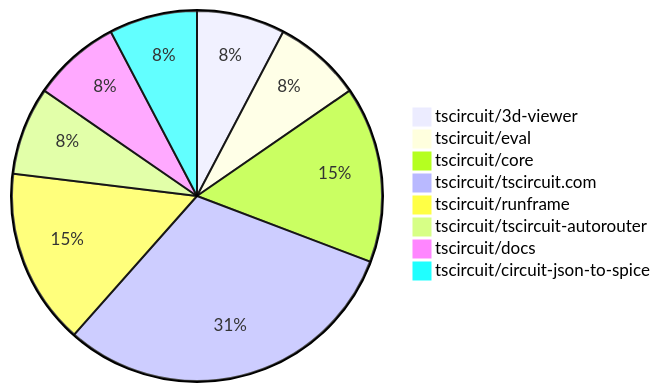
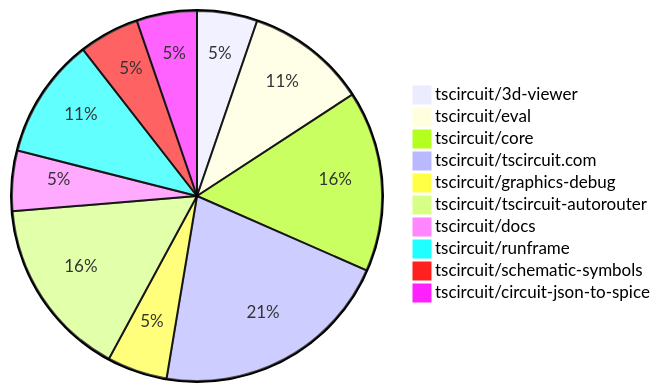
One commit to tscircuit/contribution-tracker changed the diagram in contribution-overviews/2025-05-14.md. Above: the diagram before and after it, drawn with Mermaid. The commit also changed other lines of this file and 3 other files, not shown here.

````diff
--- a/contribution-overviews/2025-05-14.md
+++ b/contribution-overviews/2025-05-14.md
@@ -5,11 +5,13 @@
 ```mermaid
 pie
     "tscircuit/3d-viewer" : 1
-    "tscircuit/eval" : 1
-    "tscircuit/core" : 2
+    "tscircuit/eval" : 2
+    "tscircuit/core" : 3
     "tscircuit/tscircuit.com" : 4
+    "tscircuit/graphics-debug" : 1
+    "tscircuit/tscircuit-autorouter" : 3
+    "tscircuit/docs" : 1
     "tscircuit/runframe" : 2
-    "tscircuit/tscircuit-autorouter" : 1
-    "tscircuit/docs" : 1
+    "tscircuit/schematic-symbols" : 1
     "tscircuit/circuit-json-to-spice" : 1
 ```
````
